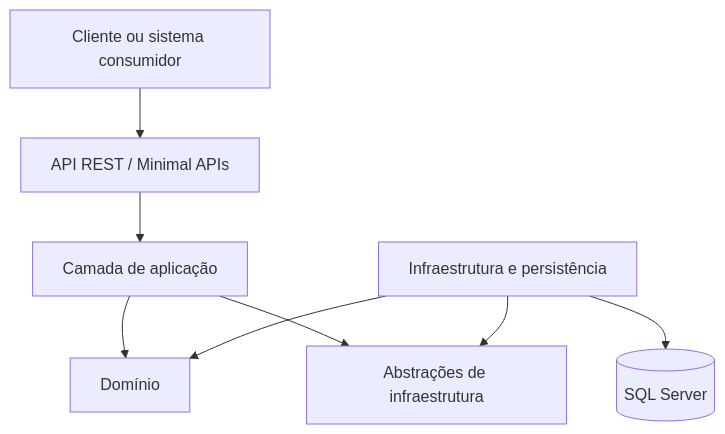
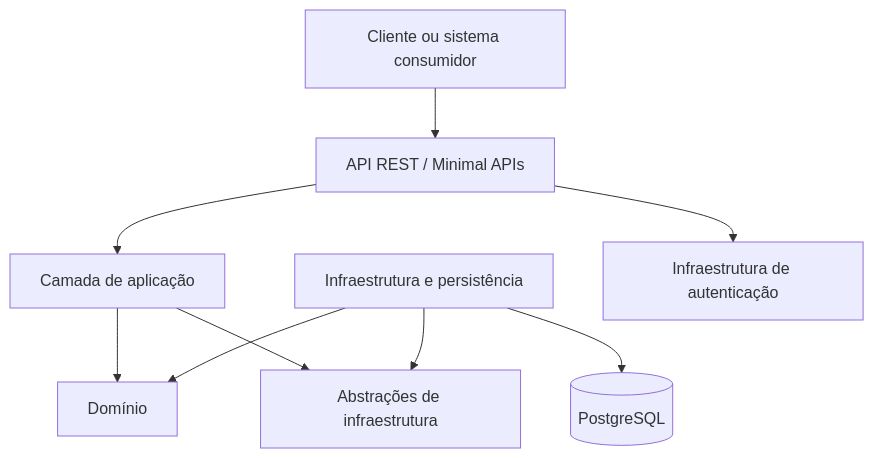
Before and after one commit to louistx/fiap-tech-challenge: the diagram in README.md, drawn with Mermaid. The commit also changed other lines of this file, not shown here.

````diff
--- a/README.md
+++ b/README.md
@@ -198,18 +198,20 @@
 ```mermaid
 flowchart TD
     Client[Cliente ou sistema consumidor]
     API[API REST / Minimal APIs]
     Application[Camada de aplicação]
     Domain[Domínio]
     Contracts[Abstrações de infraestrutura]
     Infrastructure[Infraestrutura e persistência]
-    Database[(SQL Server)]
+    Auth[Infraestrutura de autenticação]
+    Database[(PostgreSQL)]
 
     Client --> API
     API --> Application
     Application --> Domain
     Application --> Contracts
+    API --> Auth
     Infrastructure --> Contracts
     Infrastructure --> Domain
     Infrastructure --> Database
 ```
````
